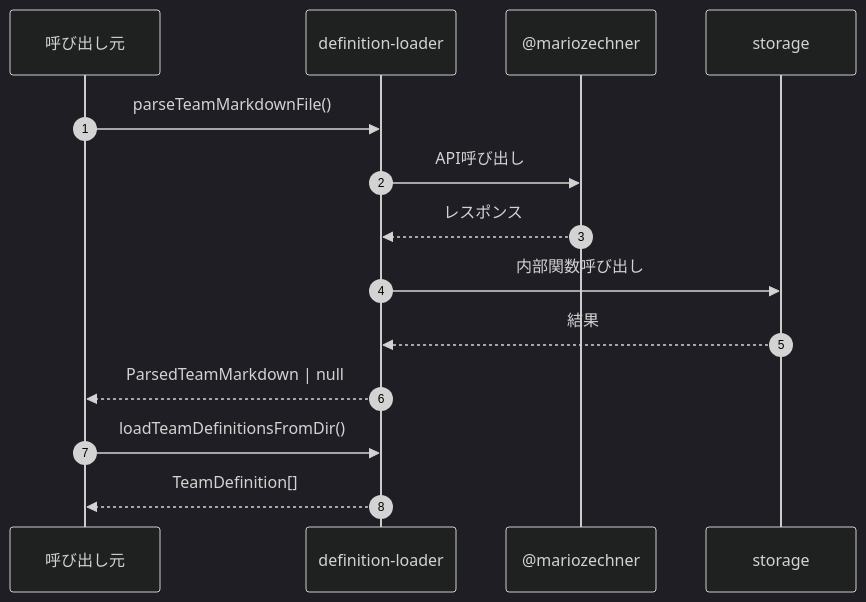
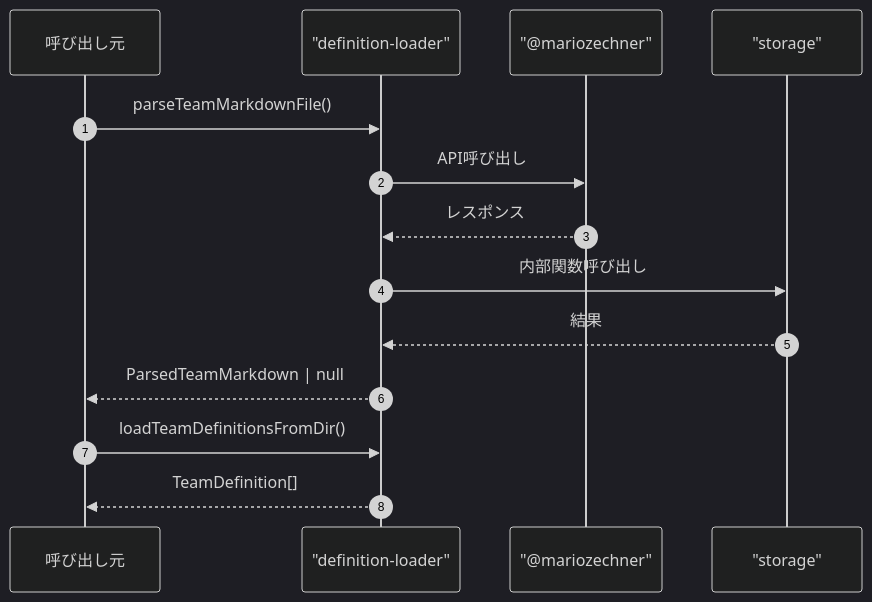
Before and after one commit to Mekann2904/mekann: the third of 3 diagrams in ABDD/.pi/extensions/agent-teams/definition-loader.md, drawn with Mermaid (dark theme). The commit also changed other lines of this file and 152 other files, not shown here.

First line of the commit message:
fix: Mermaid図のラベル内の特殊文字をエスケープする

````diff
--- a/ABDD/.pi/extensions/agent-teams/definition-loader.md
+++ b/ABDD/.pi/extensions/agent-teams/definition-loader.md
@@ -78,19 +78,19 @@
 ```mermaid
 sequenceDiagram
   autonumber
   participant Caller as 呼び出し元
-  participant definition_loader as definition-loader
-  participant _mariozechner as @mariozechner
-  participant storage as storage
-  participant storage as storage
+  participant definition_loader as "definition-loader"
+  participant _mariozechner as "@mariozechner"
+  participant storage as "storage"
+  participant storage as "storage"
 
   Caller->>definition_loader: parseTeamMarkdownFile()
   definition_loader->>_mariozechner: API呼び出し
   _mariozechner-->>definition_loader: レスポンス
   definition_loader->>storage: 内部関数呼び出し
   storage-->>definition_loader: 結果
   definition_loader-->>Caller: ParsedTeamMarkdown | null
 
   Caller->>definition_loader: loadTeamDefinitionsFromDir()
   definition_loader-->>Caller: TeamDefinition[]
 ```
````
